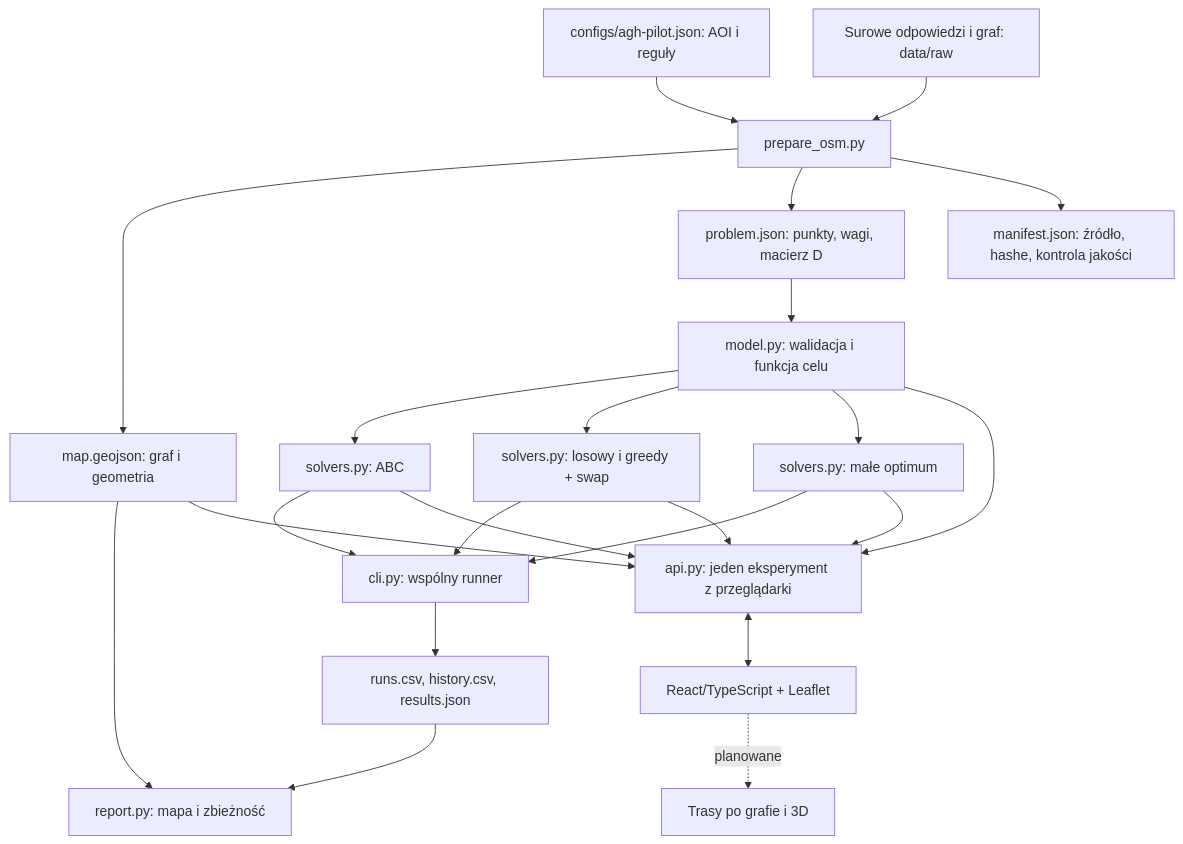
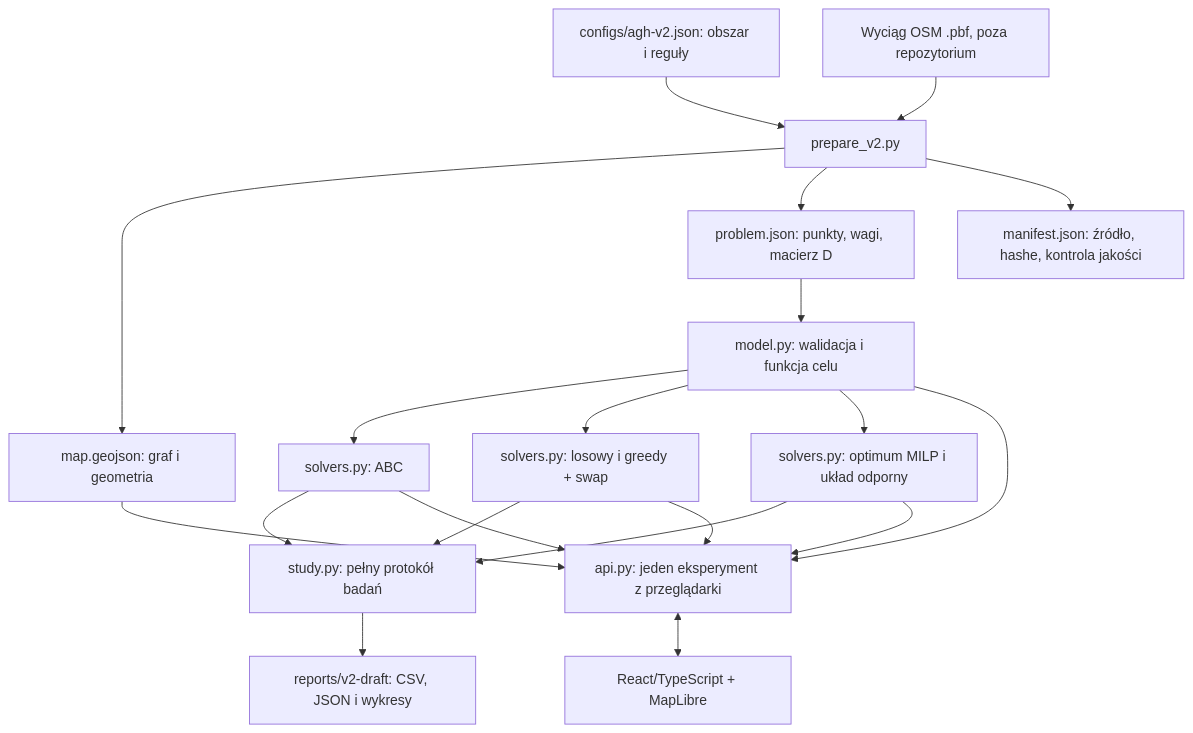
One commit to karolbystrek/algorytmy-inspirowane-natura-projekt changed the second of 3 diagrams in docs/ARCHITECTURE.md. Above: the diagram before and after it, drawn with Mermaid. The commit also changed other lines of this file and 6 other files, not shown here.

````diff
--- a/docs/ARCHITECTURE.md
+++ b/docs/ARCHITECTURE.md
@@ -30,25 +38,22 @@
 ```mermaid
 flowchart TD
-    AOI[configs/agh-pilot.json: AOI i reguły] --> P[prepare_osm.py]
-    RAW[Surowe odpowiedzi i graf: data/raw] --> P
+    AOI[configs/agh-v2.json: obszar i reguły] --> P[prepare_v2.py]
+    RAW[Wyciąg OSM .pbf, poza repozytorium] --> P
     P --> MAP[map.geojson: graf i geometria]
     P --> PROBLEM[problem.json: punkty, wagi, macierz D]
     P --> MANIFEST[manifest.json: źródło, hashe, kontrola jakości]
     PROBLEM --> VALID[model.py: walidacja i funkcja celu]
     VALID --> ABC[solvers.py: ABC]
     VALID --> BASE[solvers.py: losowy i greedy + swap]
-    VALID --> EXACT[solvers.py: małe optimum]
-    ABC --> RUN[cli.py: wspólny runner]
+    VALID --> EXACT[solvers.py: optimum MILP i układ odporny]
+    ABC --> RUN[study.py: pełny protokół badań]
     BASE --> RUN
     EXACT --> RUN
-    RUN --> OUT[runs.csv, history.csv, results.json]
-    OUT --> PLOT[report.py: mapa i zbieżność]
-    MAP --> PLOT
+    RUN --> OUT[reports/v2-draft: CSV, JSON i wykresy]
     VALID --> API[api.py: jeden eksperyment z przeglądarki]
     ABC --> API
     BASE --> API
     EXACT --> API
     MAP --> API
-    API <--> WEB[React/TypeScript + Leaflet]
-    WEB -. planowane .-> FUTURE[Trasy po grafie i 3D]
+    API <--> WEB[React/TypeScript + MapLibre]
 ```
````
